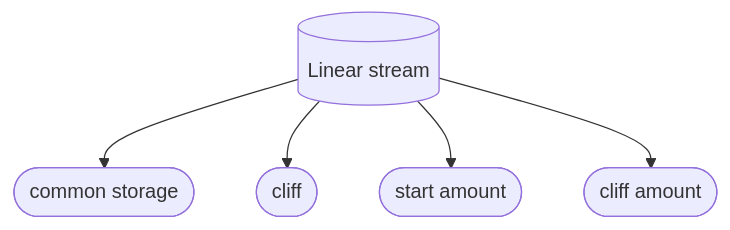
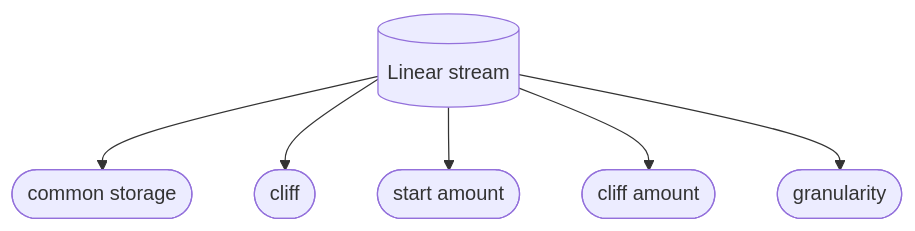
The fifth of 9 diagrams in docs/reference/lockup/01-diagrams.md (sablier-labs/docs), drawn with Mermaid before and after one commit. The commit also changed other lines of this file and 134 other files, not shown here.

````diff
--- a/docs/reference/lockup/01-diagrams.md
+++ b/docs/reference/lockup/01-diagrams.md
@@ -98,13 +98,15 @@
 ```mermaid
 flowchart TD;
   L[(Linear stream)];
 
   S0([common storage])
   S1([cliff])
   S2([start amount])
   S3([cliff amount])
+  S4([granularity])
   L --> S0;
   L --> S1;
   L --> S2;
   L --> S3;
+  L --> S4;
 ```
````
